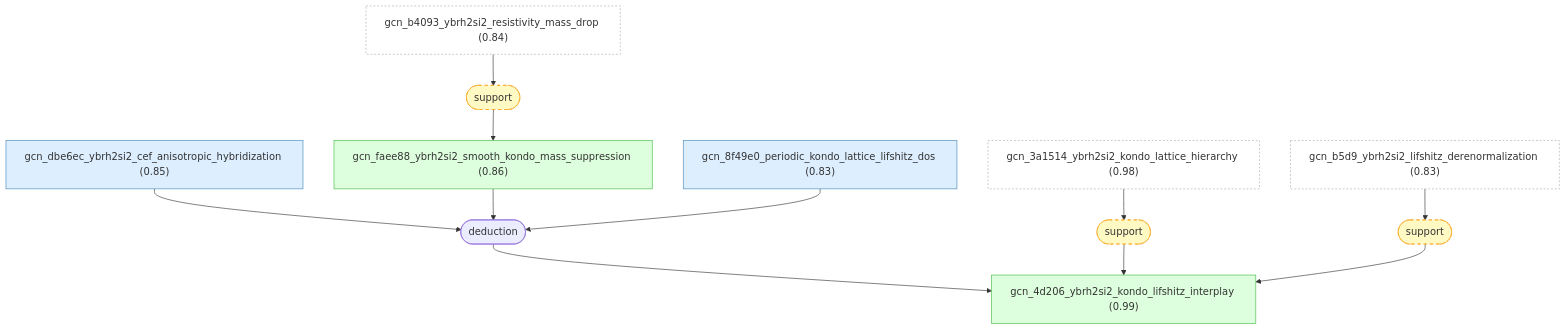
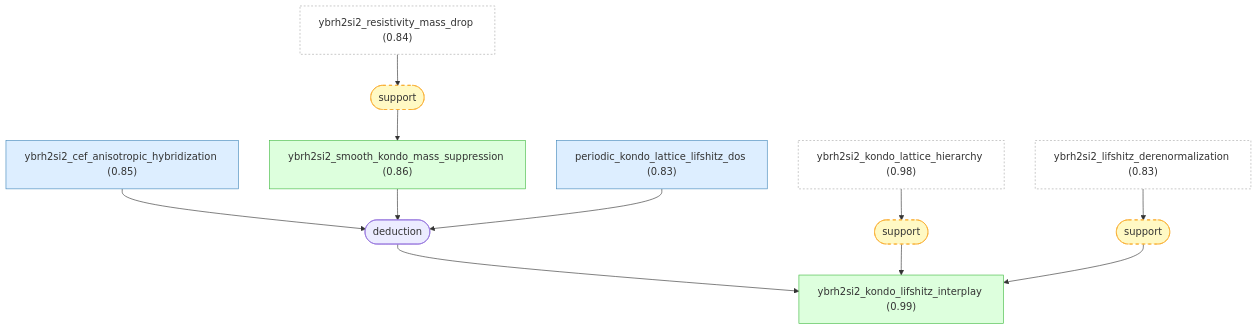
The ninth of 13 diagrams in docs/detailed-reasoning.md (Callo42/fermi-liquid-effective-mass-gaia), drawn with Mermaid before and after one commit. The commit also changed other lines of this file and 33 other files, not shown here.

````diff
--- a/docs/detailed-reasoning.md
+++ b/docs/detailed-reasoning.md
@@ -956,34 +956,34 @@
 ```mermaid
 graph TD
-    gcn_b4093_ybrh2si2_resistivity_mass_drop["gcn_b4093_ybrh2si2_resistivity_mass_drop (0.84)"]:::external
-    gcn_3a1514_ybrh2si2_kondo_lattice_hierarchy["gcn_3a1514_ybrh2si2_kondo_lattice_hierarchy (0.98)"]:::external
-    gcn_dbe6ec_ybrh2si2_cef_anisotropic_hybridization["gcn_dbe6ec_ybrh2si2_cef_anisotropic_hybridization (0.85)"]:::premise
-    gcn_faee88_ybrh2si2_smooth_kondo_mass_suppression["gcn_faee88_ybrh2si2_smooth_kondo_mass_suppression (0.86)"]:::derived
-    gcn_8f49e0_periodic_kondo_lattice_lifshitz_dos["gcn_8f49e0_periodic_kondo_lattice_lifshitz_dos (0.83)"]:::premise
-    gcn_4d206_ybrh2si2_kondo_lifshitz_interplay["gcn_4d206_ybrh2si2_kondo_lifshitz_interplay (0.99)"]:::derived
-    gcn_b5d9_ybrh2si2_lifshitz_derenormalization["gcn_b5d9_ybrh2si2_lifshitz_derenormalization (0.83)"]:::external
+    ybrh2si2_resistivity_mass_drop["ybrh2si2_resistivity_mass_drop (0.84)"]:::external
+    ybrh2si2_kondo_lattice_hierarchy["ybrh2si2_kondo_lattice_hierarchy (0.98)"]:::external
+    ybrh2si2_cef_anisotropic_hybridization["ybrh2si2_cef_anisotropic_hybridization (0.85)"]:::premise
+    ybrh2si2_smooth_kondo_mass_suppression["ybrh2si2_smooth_kondo_mass_suppression (0.86)"]:::derived
+    periodic_kondo_lattice_lifshitz_dos["periodic_kondo_lattice_lifshitz_dos (0.83)"]:::premise
+    ybrh2si2_kondo_lifshitz_interplay["ybrh2si2_kondo_lifshitz_interplay (0.99)"]:::derived
+    ybrh2si2_lifshitz_derenormalization["ybrh2si2_lifshitz_derenormalization (0.83)"]:::external
     strat_15(["deduction"])
-    gcn_dbe6ec_ybrh2si2_cef_anisotropic_hybridization --> strat_15
-    gcn_faee88_ybrh2si2_smooth_kondo_mass_suppression --> strat_15
-    gcn_8f49e0_periodic_kondo_lattice_lifshitz_dos --> strat_15
-    strat_15 --> gcn_4d206_ybrh2si2_kondo_lifshitz_interplay
+    ybrh2si2_cef_anisotropic_hybridization --> strat_15
+    ybrh2si2_smooth_kondo_mass_suppression --> strat_15
+    periodic_kondo_lattice_lifshitz_dos --> strat_15
+    strat_15 --> ybrh2si2_kondo_lifshitz_interplay
     strat_24(["support"]):::weak
-    gcn_b4093_ybrh2si2_resistivity_mass_drop --> strat_24
-    strat_24 --> gcn_faee88_ybrh2si2_smooth_kondo_mass_suppression
+    ybrh2si2_resistivity_mass_drop --> strat_24
+    strat_24 --> ybrh2si2_smooth_kondo_mass_suppression
     strat_25(["support"]):::weak
-    gcn_3a1514_ybrh2si2_kondo_lattice_hierarchy --> strat_25
-    strat_25 --> gcn_4d206_ybrh2si2_kondo_lifshitz_interplay
+    ybrh2si2_kondo_lattice_hierarchy --> strat_25
+    strat_25 --> ybrh2si2_kondo_lifshitz_interplay
     strat_27(["support"]):::weak
-    gcn_b5d9_ybrh2si2_lifshitz_derenormalization --> strat_27
-    strat_27 --> gcn_4d206_ybrh2si2_kondo_lifshitz_interplay
+    ybrh2si2_lifshitz_derenormalization --> strat_27
+    strat_27 --> ybrh2si2_kondo_lifshitz_interplay
 
     classDef setting fill:#f0f0f0,stroke:#999,color:#333
     classDef premise fill:#ddeeff,stroke:#4488bb,color:#333
     classDef derived fill:#ddffdd,stroke:#44bb44,color:#333
     classDef question fill:#fff3dd,stroke:#cc9944,color:#333
     classDef background fill:#f5f5f5,stroke:#bbb,stroke-dasharray: 5 5,color:#333
     classDef orphan fill:#fff,stroke:#ccc,stroke-dasharray: 5 5,color:#333
     classDef external fill:#fff,stroke:#aaa,stroke-dasharray: 3 3,color:#333
     classDef weak fill:#fff9c4,stroke:#f9a825,stroke-dasharray: 5 5,color:#333
     classDef contra fill:#ffebee,stroke:#c62828,color:#333
 ```
````
